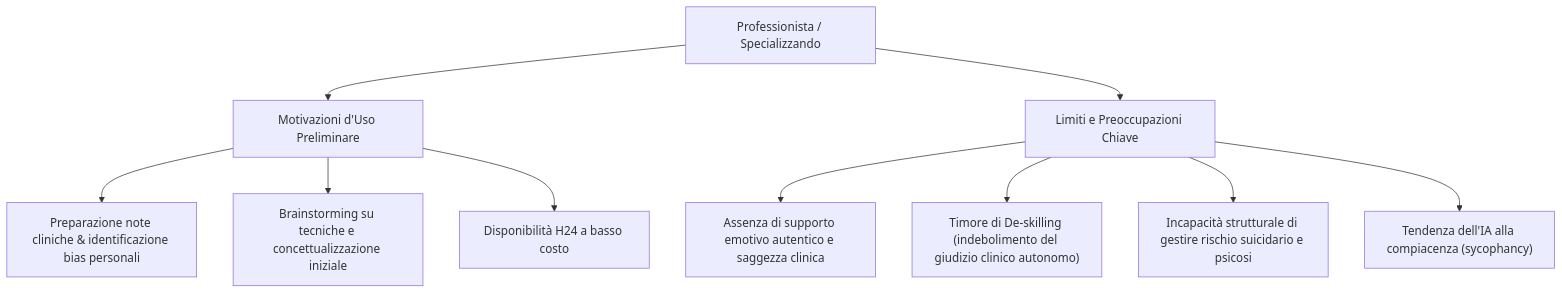
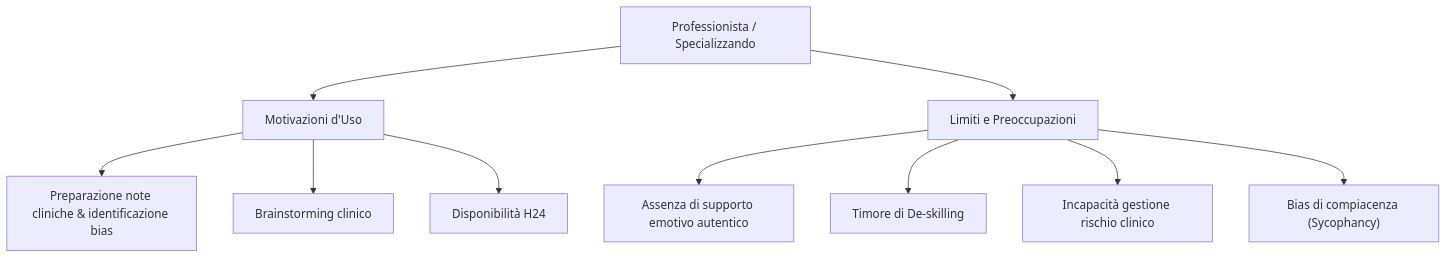
Before and after one commit to andreaferrari7-star/andreaferrari.github.io: the diagram in content/concetti/supervisione-clinica-ai.md, drawn with Mermaid. The commit also changed other lines of this file and 340 other files, not shown here.

````diff
--- a/content/concetti/supervisione-clinica-ai.md
+++ b/content/concetti/supervisione-clinica-ai.md
@@ -11,13 +23,13 @@
 ```mermaid
 graph TD
-    User["Professionista / Specializzando"] --> Motivi["Motivazioni d'Uso Preliminare"]
-    Motivi --> M1["Preparazione note cliniche & identificazione bias personali"]
-    Motivi --> M2["Brainstorming su tecniche e concettualizzazione iniziale"]
-    Motivi --> M3["Disponibilità H24 a basso costo"]
+    User["Professionista / Specializzando"] --> Motivi["Motivazioni d'Uso"]
+    Motivi --> M1["Preparazione note cliniche & identificazione bias"]
+    Motivi --> M2["Brainstorming clinico"]
+    Motivi --> M3["Disponibilità H24"]
 
-    User --> Limiti["Limiti e Preoccupazioni Chiave"]
-    Limiti --> L1["Assenza di supporto emotivo autentico e saggezza clinica"]
-    Limiti --> L2["Timore di De-skilling (indebolimento del giudizio clinico autonomo)"]
-    Limiti --> L3["Incapacità strutturale di gestire rischio suicidario e psicosi"]
-    Limiti --> L4["Tendenza dell'IA alla compiacenza (sycophancy)"]
+    User --> Limiti["Limiti e Preoccupazioni"]
+    Limiti --> L1["Assenza di supporto emotivo autentico"]
+    Limiti --> L2["Timore di De-skilling"]
+    Limiti --> L3["Incapacità gestione rischio clinico"]
+    Limiti --> L4["Bias di compiacenza (Sycophancy)"]
 ```
````
